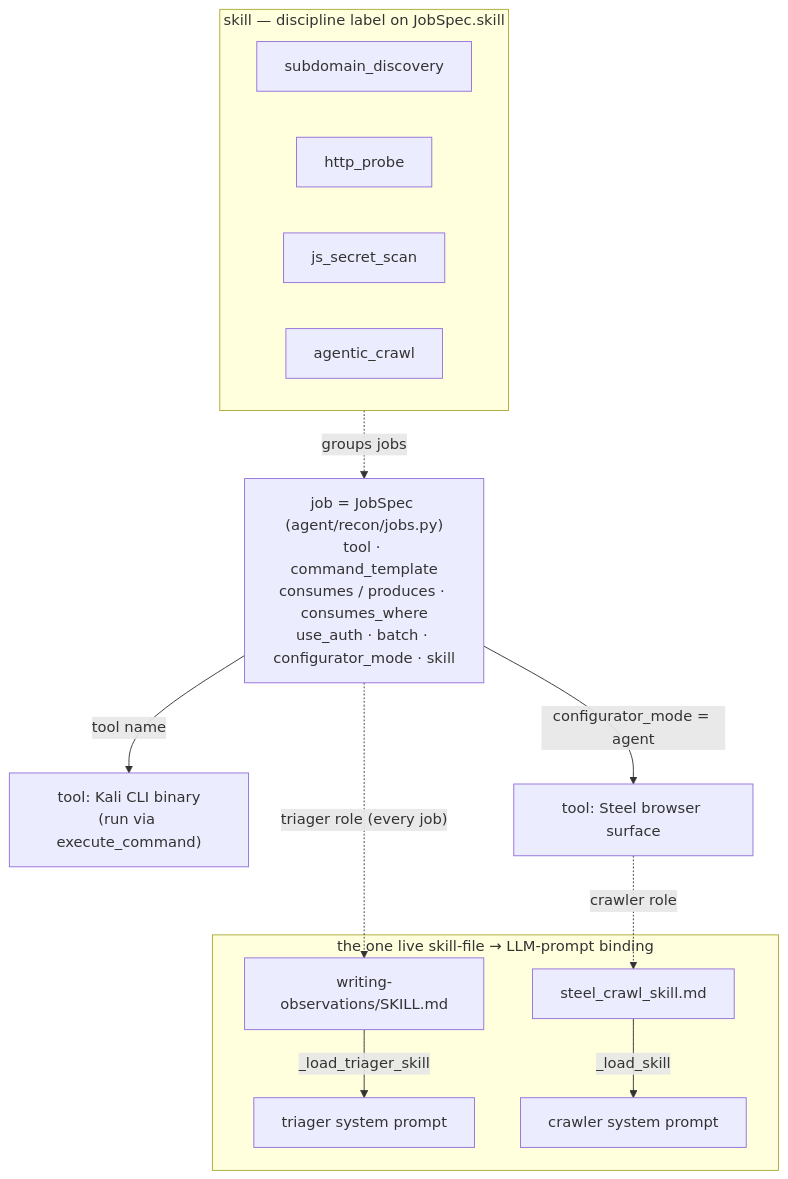
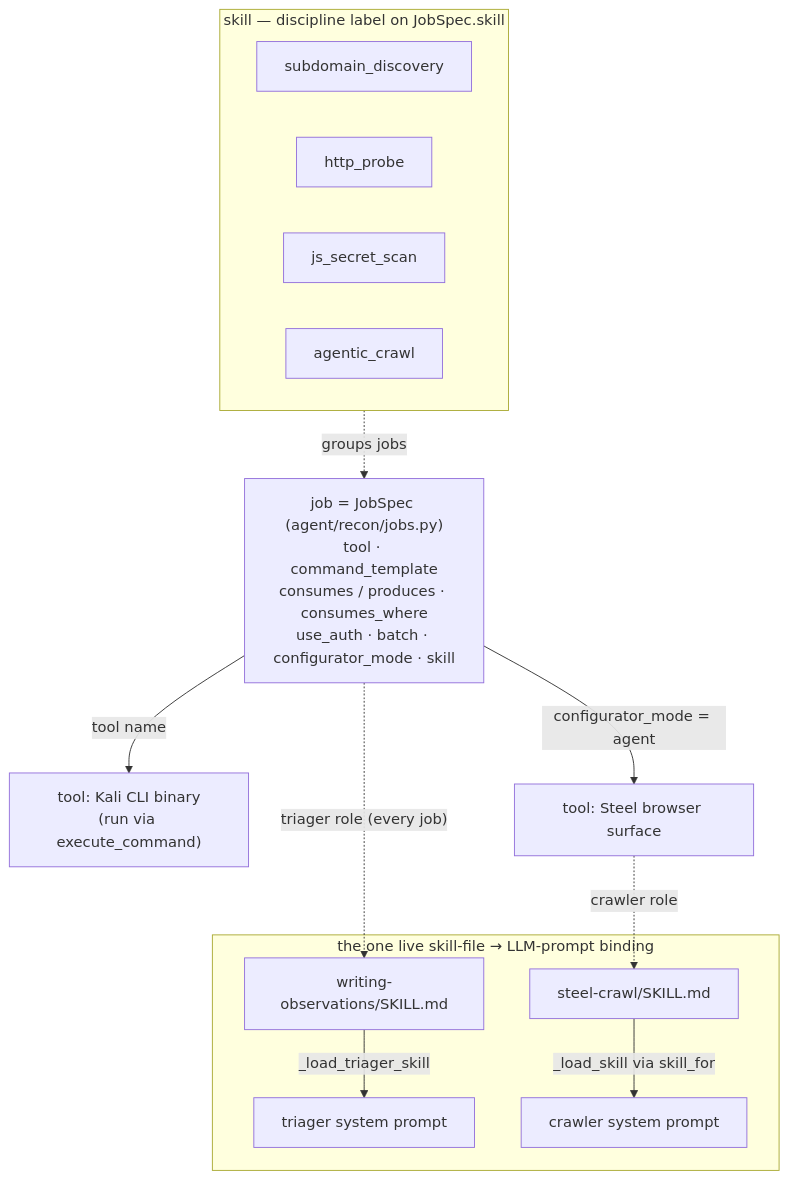
Before and after one commit to Diekgbbtt/polyphemus: the first of 5 diagrams in docs/design/technical-architecture.md, drawn with Mermaid. The commit also changed other lines of this file and 22 other files, not shown here.

First line of the commit message:
feat(recon): #222 - shared skill-load tool + skill data-section convention

````diff
--- a/docs/design/technical-architecture.md
+++ b/docs/design/technical-architecture.md
@@ -30,22 +30,22 @@
 ```mermaid
 flowchart TB
     subgraph S["skill — discipline label on JobSpec.skill"]
         direction LR
         SD[subdomain_discovery]
         HP[http_probe]
         JS[js_secret_scan]
         AC[agentic_crawl]
     end
     JOB["job = JobSpec (agent/recon/jobs.py)<br/>tool · command_template<br/>consumes / produces · consumes_where<br/>use_auth · batch · configurator_mode · skill"]
     KB["tool: Kali CLI binary<br/>(run via execute_command)"]
     ST["tool: Steel browser surface"]
     S -. "groups jobs" .-> JOB
     JOB -->|"tool name"| KB
     JOB -->|"configurator_mode = agent"| ST
     subgraph LIVE["the one live skill-file → LLM-prompt binding"]
         F1["writing-observations/SKILL.md"] -->|_load_triager_skill| TRI["triager system prompt"]
-        F2["steel_crawl_skill.md"] -->|_load_skill| CRA["crawler system prompt"]
+        F2["steel-crawl/SKILL.md"] -->|_load_skill via skill_for| CRA["crawler system prompt"]
     end
     JOB -. "triager role (every job)" .-> F1
     ST -. "crawler role" .-> F2
 ```
````
